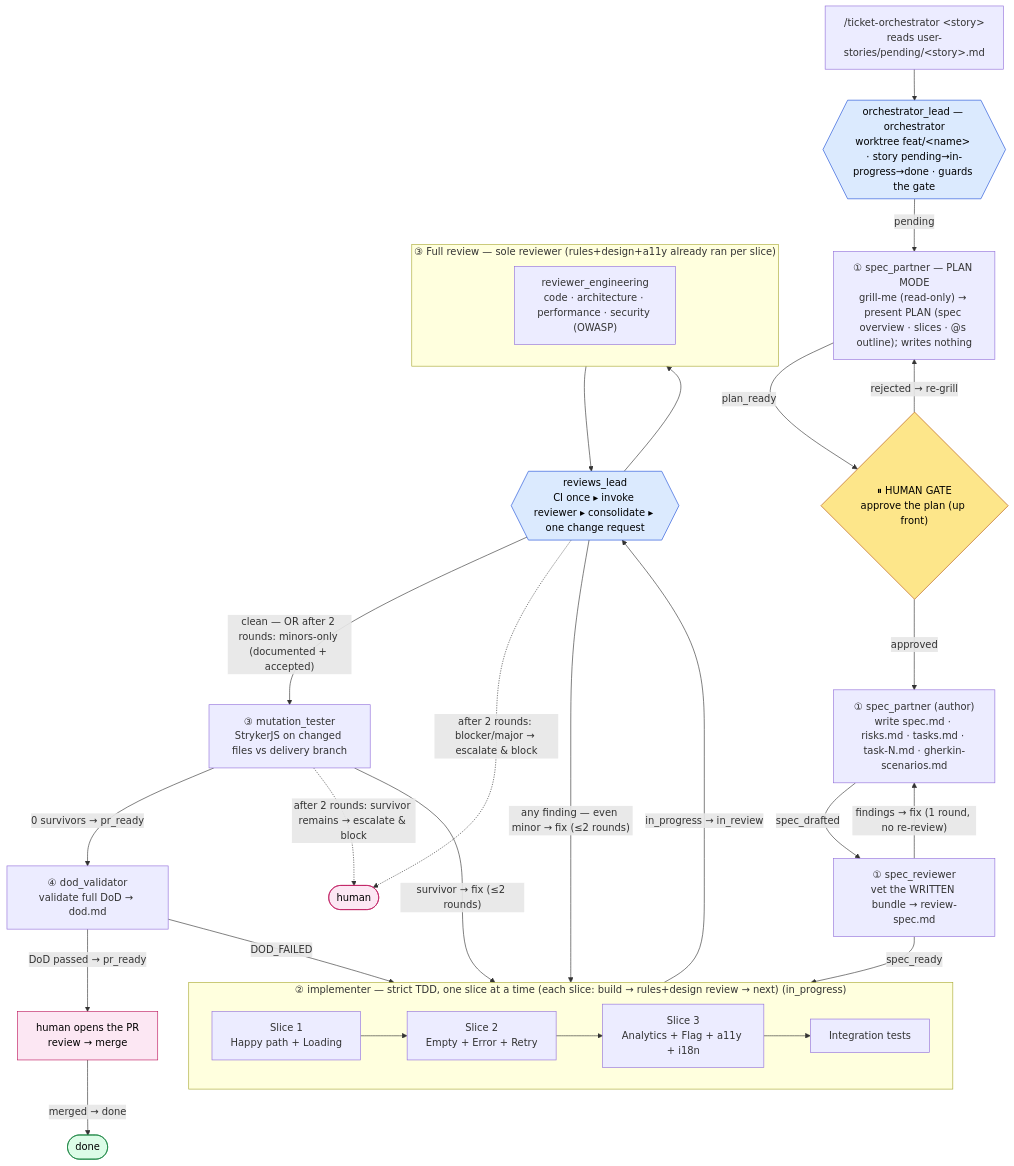
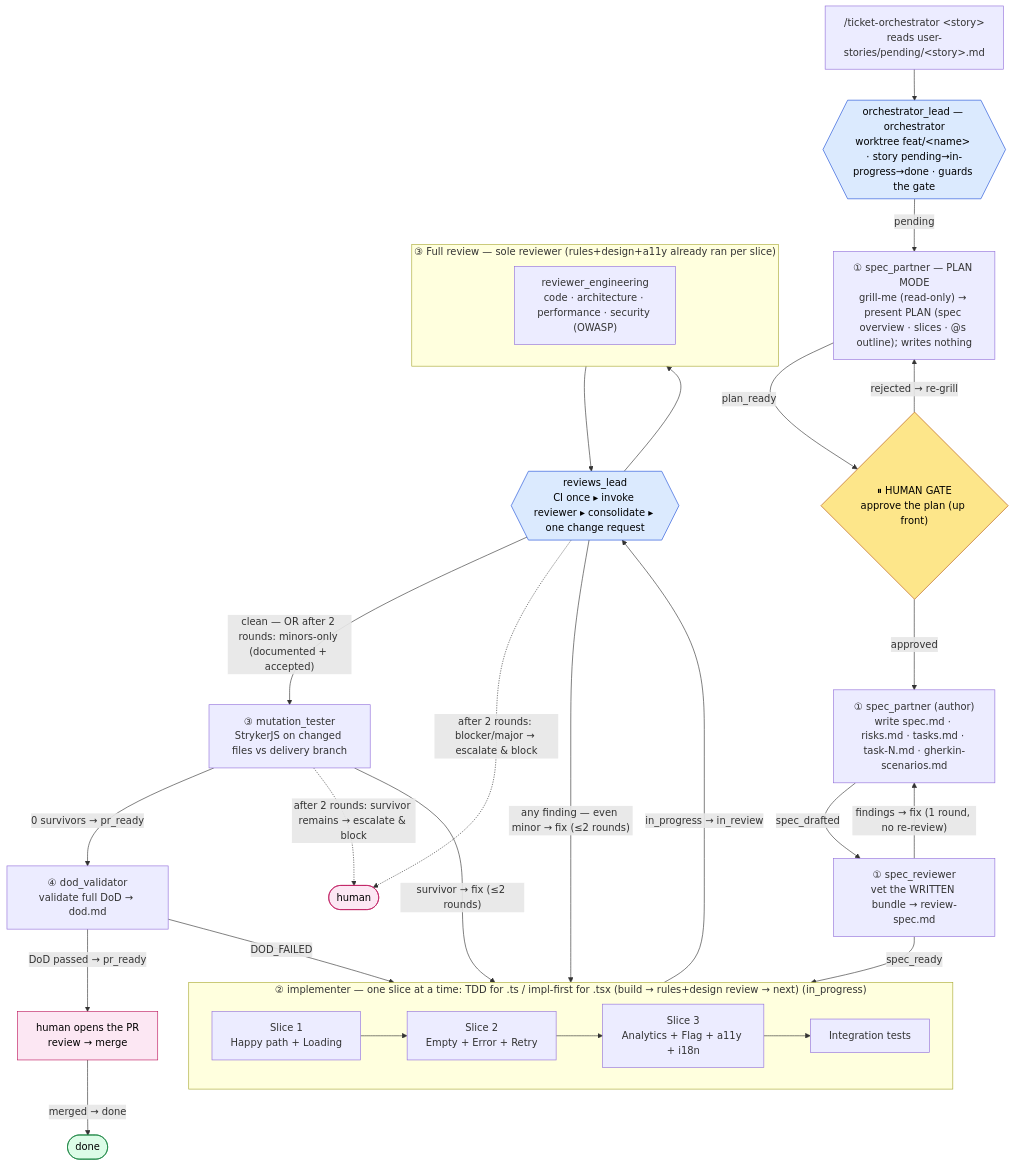
Before and after one commit to rimbener/AI4Devs-finalproject: the diagram in ORCHESTRATOR_PLAN.md, drawn with Mermaid. The commit also changed other lines of this file and 8 other files, not shown here.

````diff
--- a/ORCHESTRATOR_PLAN.md
+++ b/ORCHESTRATOR_PLAN.md
@@ -173,45 +173,45 @@
 ```mermaid
 flowchart TD
     CLI["/ticket-orchestrator &lt;story&gt;<br/>reads user-stories/pending/&lt;story&gt;.md"] --> LEAD{{"orchestrator_lead — orchestrator<br/>worktree feat/&lt;name&gt; · story pending→in-progress→done · guards the gate"}}
 
     LEAD -->|pending| P1["① spec_partner — PLAN MODE<br/>grill-me (read-only) → present PLAN (spec overview · slices · @s outline); writes nothing"]
     P1 -->|plan_ready| GATE{"⏸ HUMAN GATE<br/>approve the plan (up front)"}
     GATE -->|"rejected → re-grill"| P1
     GATE -->|"approved"| AUTHOR["① spec_partner (author)<br/>write spec.md · risks.md · tasks.md · task-N.md · gherkin-scenarios.md"]
     AUTHOR -->|spec_drafted| SR["① spec_reviewer<br/>vet the WRITTEN bundle → review-spec.md"]
     SR -->|"findings → fix (1 round, no re-review)"| AUTHOR
 
     SR -->|"spec_ready"| P3G
-    subgraph P3G["② implementer — strict TDD, one slice at a time (each slice: build → rules+design review → next) (in_progress)"]
+    subgraph P3G["② implementer — one slice at a time: TDD for .ts / impl-first for .tsx (build → rules+design review → next) (in_progress)"]
         direction LR
         S1["Slice 1<br/>Happy path + Loading"] --> S2["Slice 2<br/>Empty + Error + Retry"] --> S3["Slice 3<br/>Analytics + Flag + a11y + i18n"] --> INT["Integration tests"]
     end
 
     subgraph RV["③ Full review — sole reviewer (rules+design+a11y already ran per slice)"]
         direction LR
         R1["reviewer_engineering<br/>code · architecture · performance · security (OWASP)"]
     end
     RL{{"reviews_lead<br/>CI once ▸ invoke reviewer ▸ consolidate ▸ one change request"}}
     P3G -->|"in_progress → in_review"| RL
     RL --> RV
     RV --> RL
 
     RL -->|"any finding — even minor → fix (≤2 rounds)"| P3G
     RL -->|"clean — OR after 2 rounds: minors-only (documented + accepted)"| MUT["③ mutation_tester<br/>StrykerJS on changed files vs delivery branch"]
     RL -.->|"after 2 rounds: blocker/major → escalate & block"| ESC(["human"])
     MUT -->|"survivor → fix (≤2 rounds)"| P3G
     MUT -->|"0 survivors → pr_ready"| DV["④ dod_validator<br/>validate full DoD → dod.md"]
     MUT -.->|"after 2 rounds: survivor remains → escalate & block"| ESC
     DV -->|DOD_FAILED| P3G
     DV -->|"DoD passed → pr_ready"| HPR["human opens the PR<br/>review → merge"]
     HPR -->|merged → done| DONE(["done"])
 
     classDef gate fill:#fde68a,stroke:#b45309,color:#000;
     classDef lead fill:#dbeafe,stroke:#1d4ed8,color:#000;
     classDef terminal fill:#dcfce7,stroke:#15803d,color:#000;
     classDef human fill:#fce7f3,stroke:#be185d,color:#000;
     class GATE gate;
     class LEAD,RL lead;
     class HPR,ESC human;
     class DONE terminal;
 ```
````
